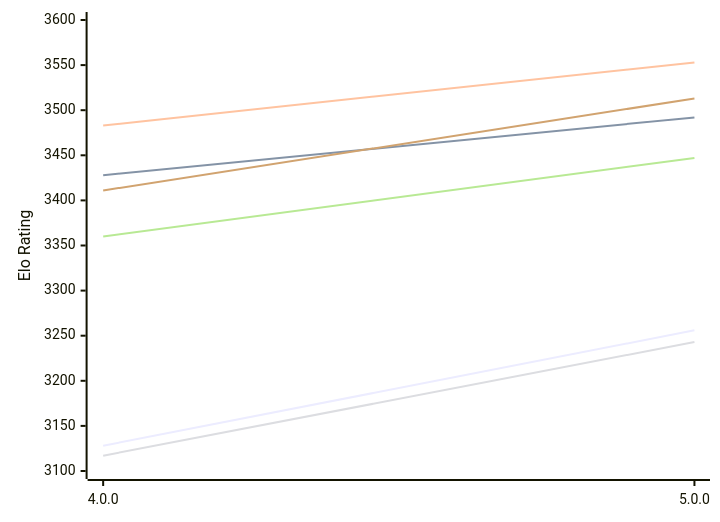
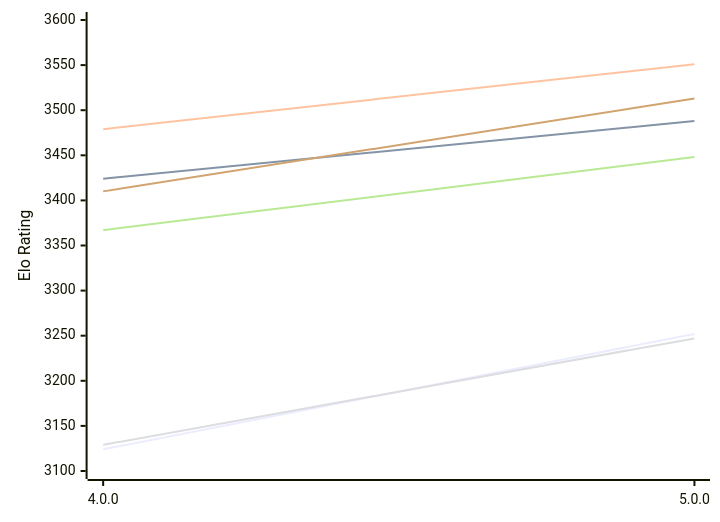
The first of 2 diagrams in engines/Avalanche.md (computer-chess-index/cci), drawn with Mermaid before and after one commit. The commit also changed other lines of this file, not shown here.

Commit message:
Update CCI Ratings (ELO VLTC) - 2026-11-21

````diff
--- a/engines/Avalanche.md
+++ b/engines/Avalanche.md
@@ -50,12 +50,12 @@
 ```mermaid
 %%{init: {"theme":"base","themeVariables":{"seriesColors:['#a3a3a3','#222221','#faa371']}}}%%
 xychart-beta
   x-axis ["4.0.0", "5.0.0"]
   y-axis "Elo Rating" 3100 --> 3600
-  line "E1: STC (8.0+0.08s)" [3128, 3256]
-  line "E1: LTC (60.0+0.60s)" [3428, 3492]
-  line "E1: VLTC (2m24s+1.12s)" [3483, 3553]
-  line "P1: STC (8.0+0.08s)" [3117, 3243]
-  line "P1: LTC (60.0+0.60s)" [3360, 3447]
-  line "P1: VLTC (2m24s+1.12s)" [3411, 3513]
+  line "E1: STC (8.0+0.08s)" [3124, 3252]
+  line "E1: LTC (60.0+0.60s)" [3424, 3488]
+  line "E1: VLTC (2m24s+1.12s)" [3479, 3551]
+  line "P1: STC (8.0+0.08s)" [3129, 3247]
+  line "P1: LTC (60.0+0.60s)" [3367, 3448]
+  line "P1: VLTC (2m24s+1.12s)" [3410, 3513]
 ```
````
